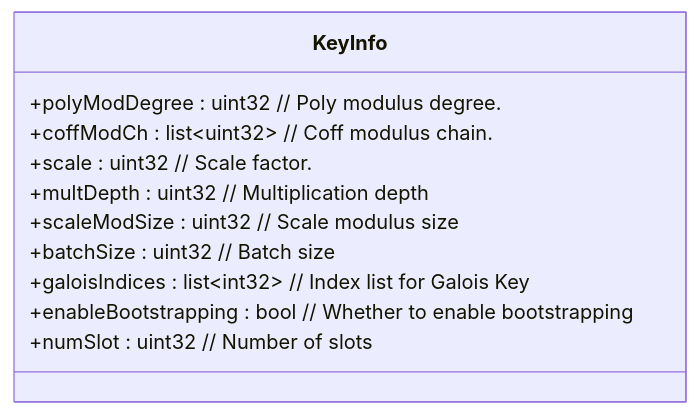
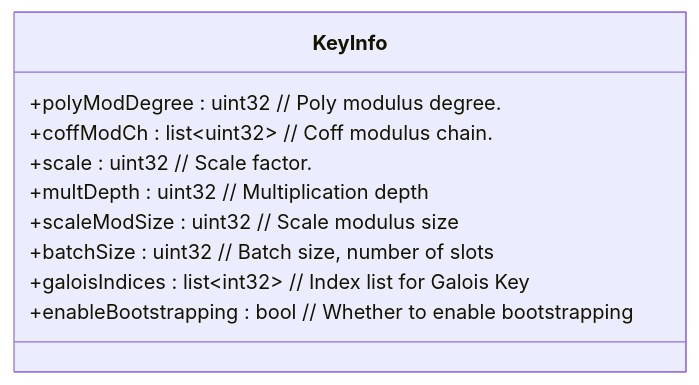
One commit to primus-labs/Aegis changed the second of 8 diagrams in docs/design/binding.md. Above: the diagram before and after it, drawn with Mermaid. The commit also changed other lines of this file, not shown here.

````diff
--- a/docs/design/binding.md
+++ b/docs/design/binding.md
@@ -43,14 +59,13 @@
 ```mermaid {align="center"}
 classDiagram
   class KeyInfo {
     +polyModDegree : uint32       // Poly modulus degree.
     +coffModCh : list~uint32~     // Coff modulus chain.
     +scale : uint32               // Scale factor.
     +multDepth : uint32           // Multiplication depth
     +scaleModSize : uint32        // Scale modulus size
-    +batchSize : uint32           // Batch size
+    +batchSize : uint32           // Batch size, number of slots
     +galoisIndices : list~int32~  // Index list for Galois Key
     +enableBootstrapping : bool   // Whether to enable bootstrapping
-    +numSlot : uint32             // Number of slots
   }
 ```
````
